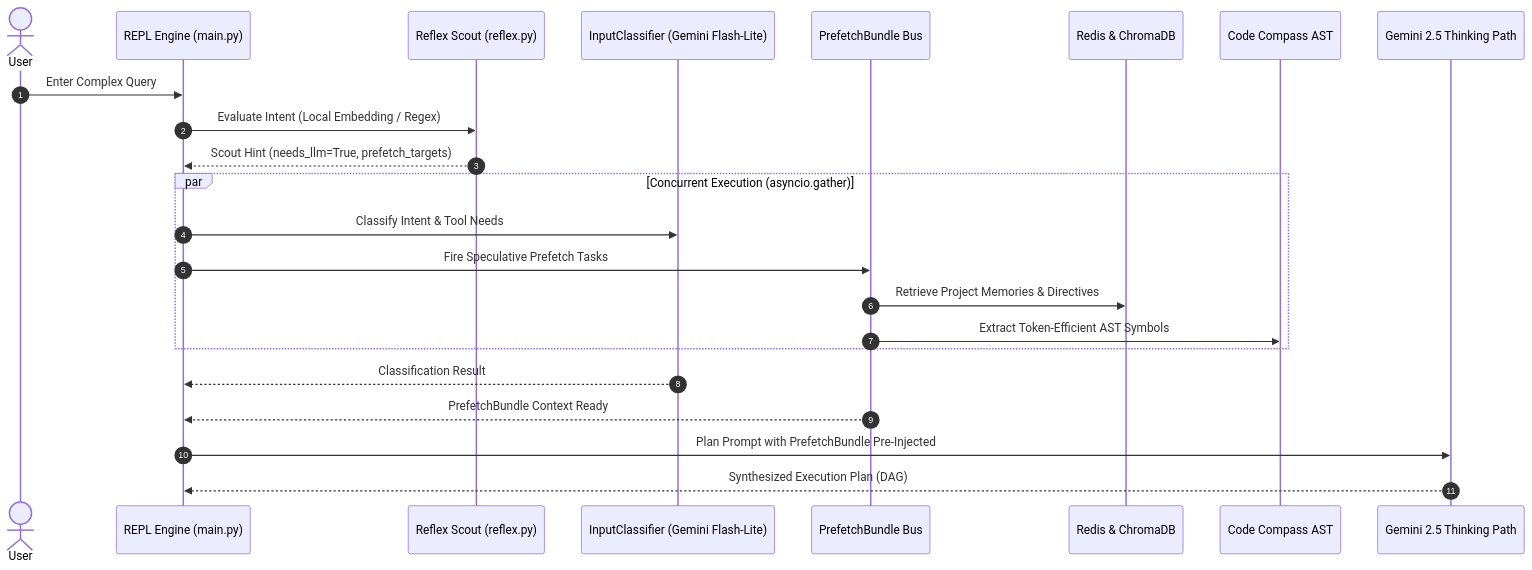
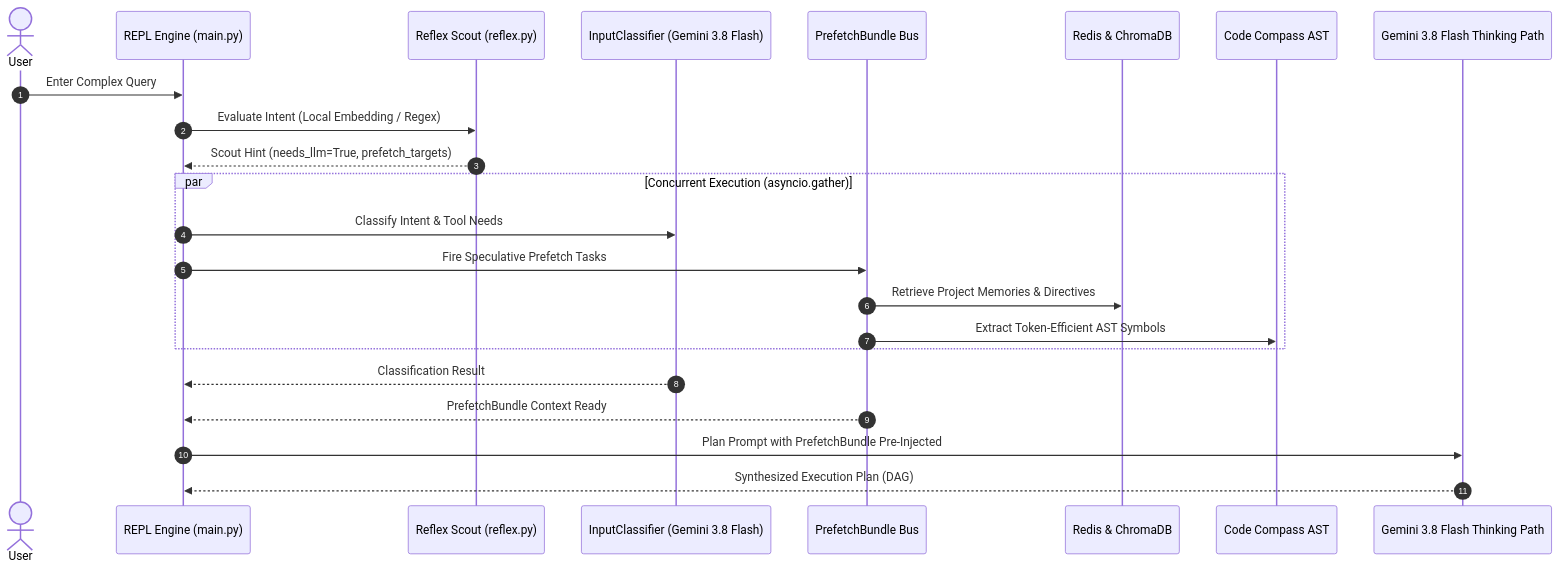
Before and after one commit to Qambar-dev-0207/Apex: the second of 4 diagrams in README.md, drawn with Mermaid. The commit also changed other lines of this file and 13 other files, not shown here.

Commit message:
feat: add comprehensive architectural documentation, landing page components, and model routing updates for Gemini 3.8 Flash

````diff
--- a/README.md
+++ b/README.md
@@ -110,28 +110,28 @@
 ```mermaid
 sequenceDiagram
     autonumber
     actor User as User
     participant Main as REPL Engine (main.py)
     participant Reflex as Reflex Scout (reflex.py)
-    participant Classifier as InputClassifier (Gemini Flash-Lite)
+    participant Classifier as InputClassifier (Gemini 3.8 Flash)
     participant Prefetch as PrefetchBundle Bus
     participant Memory as Redis & ChromaDB
     participant Compass as Code Compass AST
-    participant Planner as Gemini 2.5 Thinking Path
+    participant Planner as Gemini 3.8 Flash Thinking Path
 
     User->>Main: Enter Complex Query
     Main->>Reflex: Evaluate Intent (Local Embedding / Regex)
     Reflex-->>Main: Scout Hint (needs_llm=True, prefetch_targets)
     
     par Concurrent Execution (asyncio.gather)
         Main->>Classifier: Classify Intent & Tool Needs
         Main->>Prefetch: Fire Speculative Prefetch Tasks
         Prefetch->>Memory: Retrieve Project Memories & Directives
         Prefetch->>Compass: Extract Token-Efficient AST Symbols
     end
 
     Classifier-->>Main: Classification Result
     Prefetch-->>Main: PrefetchBundle Context Ready
     Main->>Planner: Plan Prompt with PrefetchBundle Pre-Injected
     Planner-->>Main: Synthesized Execution Plan (DAG)
 ```
````
